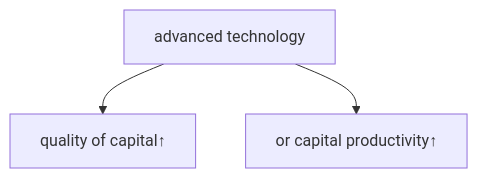
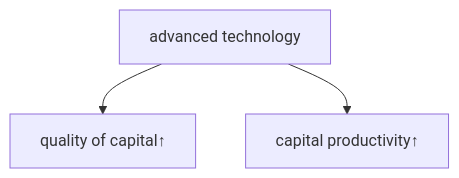
One commit to xin1z/IGCSE-Notes changed the fifth of 6 diagrams in Economics/2. The Allocation of Resources/2.3 Supply.md. Above: the diagram before and after it, drawn with Mermaid. The commit also changed other lines of this file and 4 other files, not shown here.

````diff
--- a/Economics/2. The Allocation of Resources/2.3 Supply.md
+++ b/Economics/2. The Allocation of Resources/2.3 Supply.md
@@ -98,6 +90,6 @@
 ```mermaid
 flowchart TD
 A[advanced technology]
 	A --> B[quality of capital&uarr;]
-	A --> C[or capital productivity&uarr;]
+	A --> C[capital productivity&uarr;]
 ```
````
